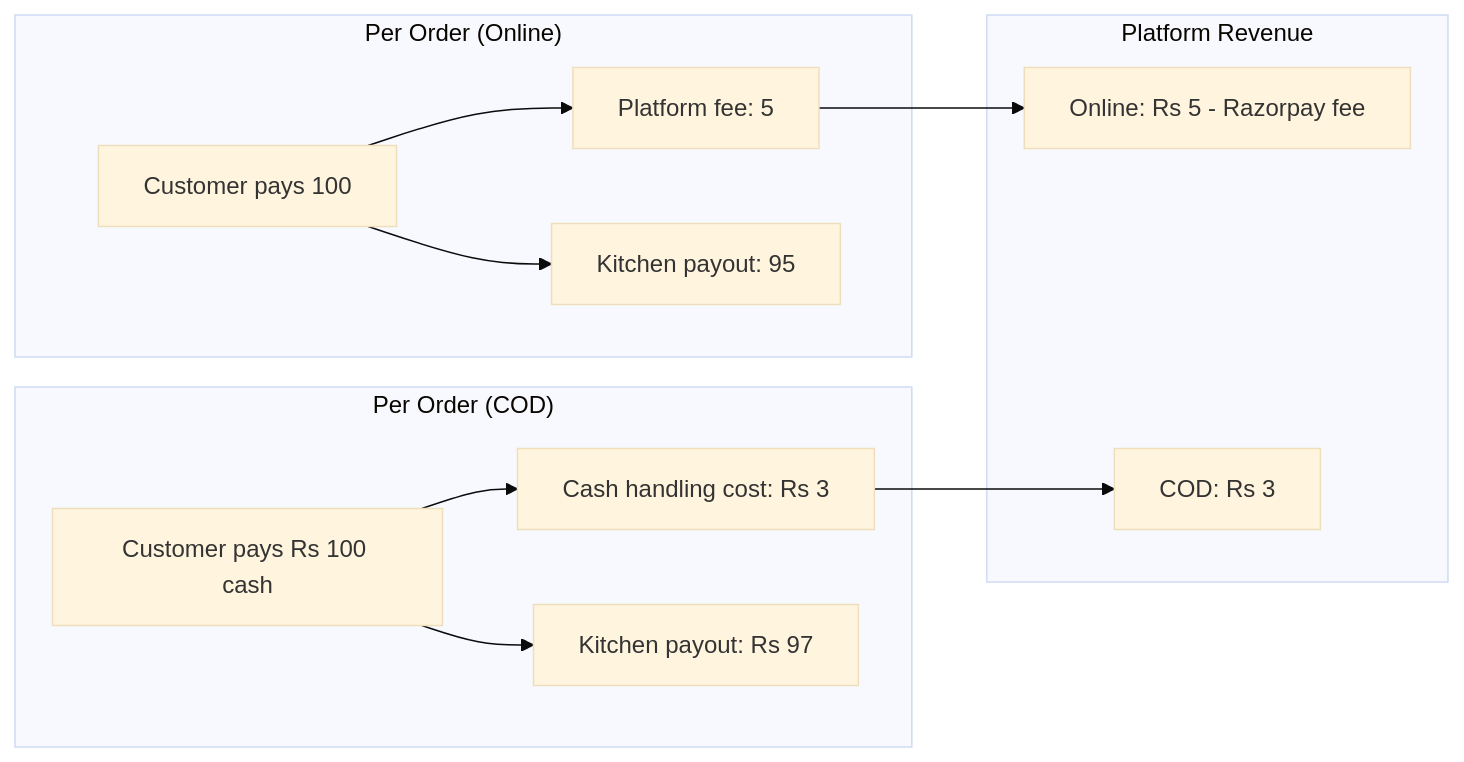
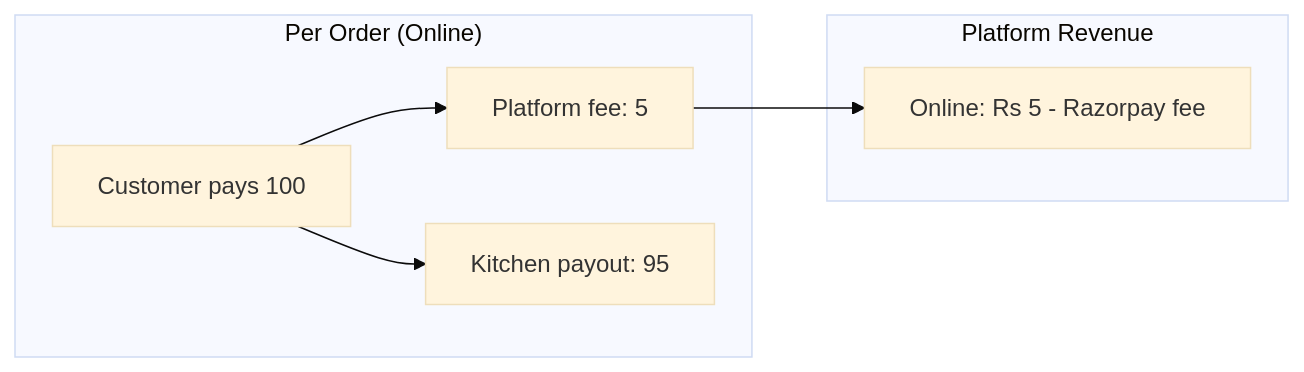
The sixth of 6 diagrams in docs/08-payment-system.md (dharshan47/rrckitchen), drawn with Mermaid (base theme) before and after one commit. The commit also changed other lines of this file and 462 other files, not shown here.

````diff
--- a/docs/08-payment-system.md
+++ b/docs/08-payment-system.md
@@ -415,27 +285,17 @@
 ```mermaid
 %%{init: {'flowchart': {'curve': 'basis', 'useMaxWidth': true}}}%%
 flowchart LR
     subgraph "Per Order (Online)"
         A["Customer pays 100"]
         B["Platform fee: 5"]
         C["Kitchen payout: 95"]
     end
 
-    subgraph "Per Order (COD)"
-        E["Customer pays Rs 100 cash"]
-        F["Cash handling cost: Rs 3"]
-        G["Kitchen payout: Rs 97"]
-    end
-
     subgraph "Platform Revenue"
         H["Online: Rs 5 - Razorpay fee"]
-        I["COD: Rs 3"]
     end
 
     A --> B
     A --> C
-    E --> F
-    E --> G
     B --> H
-    F --> I
 ```
````
